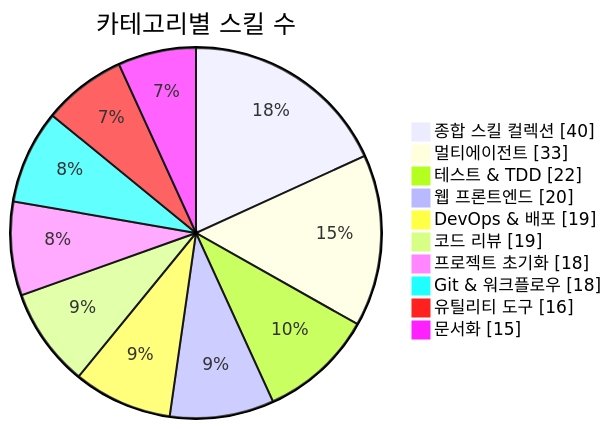
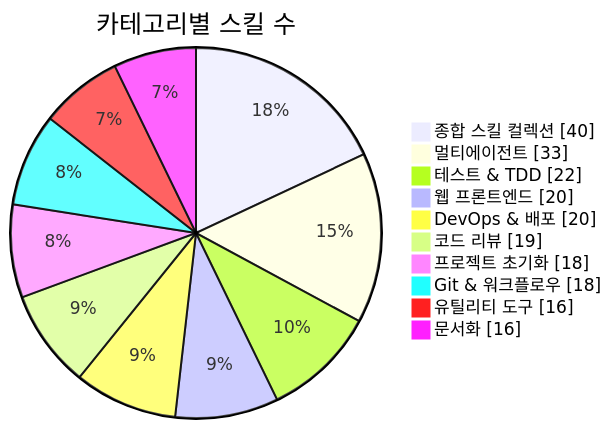
Before and after one commit to J-nowcow/awesome-korean-agent-skills: the first of 3 diagrams in README.md, drawn with Mermaid. The commit also changed other lines of this file and 5 other files, not shown here.

````diff
--- a/README.md
+++ b/README.md
@@ -176,14 +176,14 @@
 ```mermaid
 pie showData
     title 카테고리별 스킬 수
     "종합 스킬 컬렉션" : 40
     "멀티에이전트" : 33
     "테스트 & TDD" : 22
     "웹 프론트엔드" : 20
-    "DevOps & 배포" : 19
+    "DevOps & 배포" : 20
     "코드 리뷰" : 19
     "프로젝트 초기화" : 18
     "Git & 워크플로우" : 18
     "유틸리티 도구" : 16
-    "문서화" : 15
+    "문서화" : 16
 ```
````
